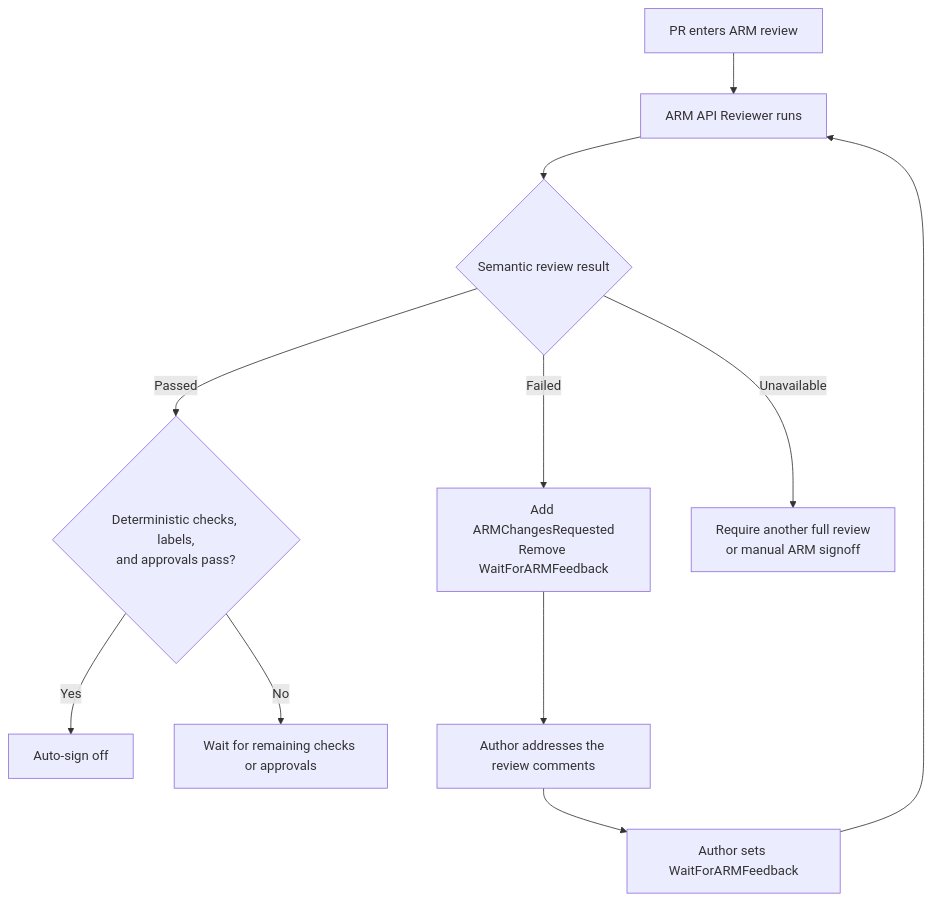
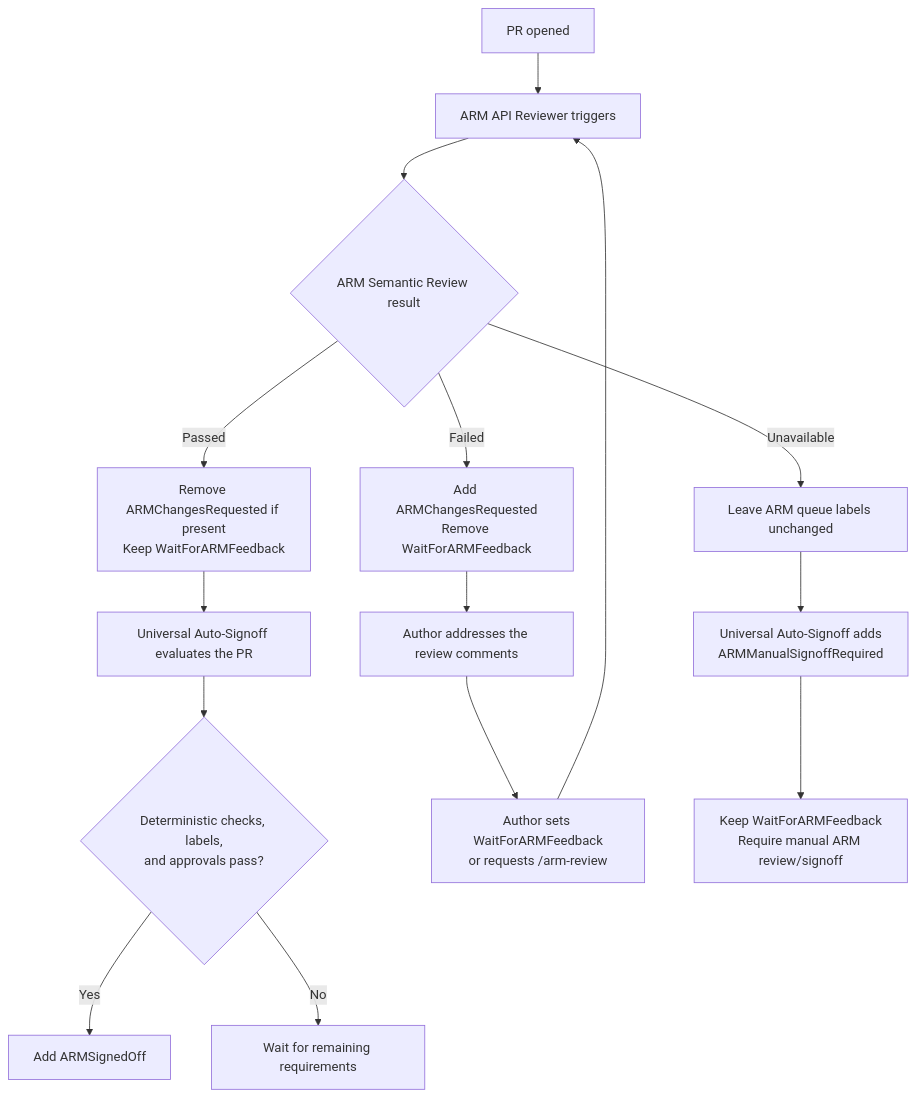
The diagram in documentation/arm-semantic-review-auto-signoff-design.md (Azure/azure-rest-api-specs), drawn with Mermaid before and after one commit. The commit also changed other lines of this file, not shown here.

Commit message:
Refine ARM semantic review design

````diff
--- a/documentation/arm-semantic-review-auto-signoff-design.md
+++ b/documentation/arm-semantic-review-auto-signoff-design.md
@@ -45,16 +45,20 @@
 ```mermaid
 flowchart TD
-    A[PR enters ARM review] --> B[ARM API Reviewer runs]
-    B --> C{Semantic review result}
+    A[PR opened] --> B[ARM API Reviewer triggers]
+    B --> C{ARM Semantic Review result}
 
-    C -- Passed --> D{Deterministic checks, labels,\nand approvals pass?}
-    D -- Yes --> E[Auto-sign off]
-    D -- No --> F[Wait for remaining checks or approvals]
+    C -- Passed --> D[Remove ARMChangesRequested if present\nKeep WaitForARMFeedback]
+    D --> E[Universal Auto-Signoff evaluates the PR]
+    E --> F{Deterministic checks, labels,\nand approvals pass?}
+    F -- Yes --> G[Add ARMSignedOff]
+    F -- No --> H[Wait for remaining requirements]
 
-    C -- Failed --> G[Add ARMChangesRequested\nRemove WaitForARMFeedback]
-    G --> H[Author addresses the review comments]
-    H --> I[Author sets WaitForARMFeedback]
-    I --> B
+    C -- Failed --> I[Add ARMChangesRequested\nRemove WaitForARMFeedback]
+    I --> J[Author addresses the review comments]
+    J --> K[Author sets WaitForARMFeedback\nor requests /arm-review]
+    K --> B
 
-    C -- Unavailable --> J[Require another full review\nor manual ARM signoff]
+    C -- Unavailable --> L[Leave ARM queue labels unchanged]
+    L --> M[Universal Auto-Signoff adds\nARMManualSignoffRequired]
+    M --> N[Keep WaitForARMFeedback\nRequire manual ARM review/signoff]
 ```
````
